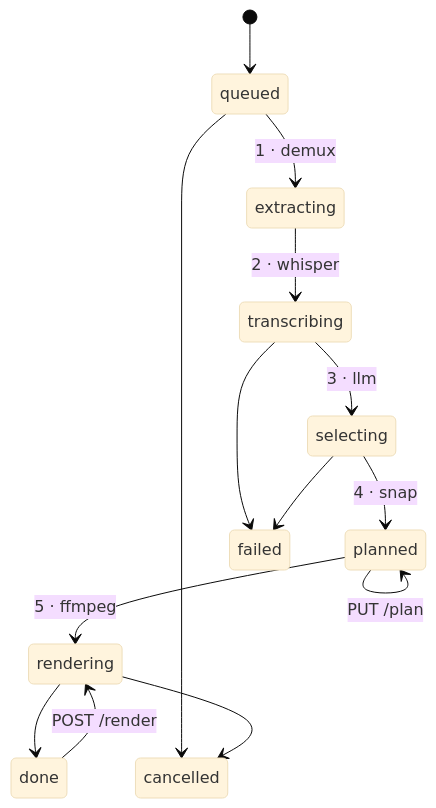
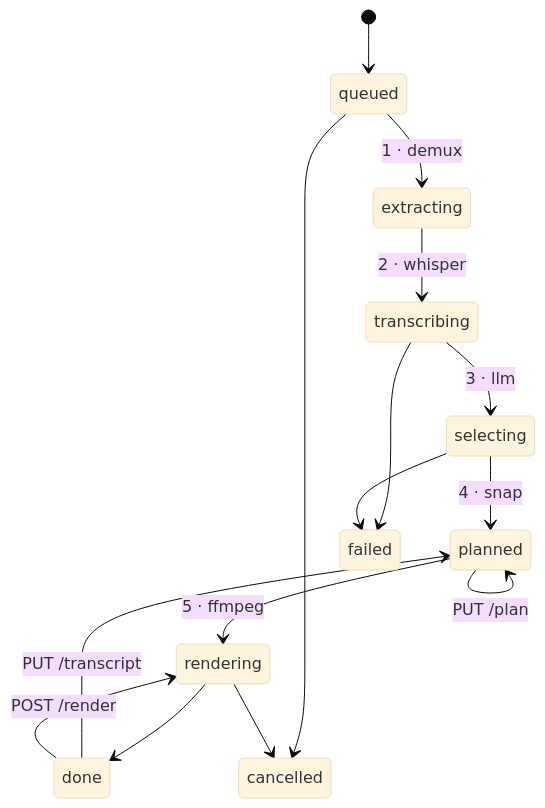
Before and after one commit to Abdel-RahmanSaied/Qatf: the first of 2 diagrams in docs/api.md, drawn with Mermaid (base theme). The commit also changed other lines of this file and 31 other files, not shown here.

````diff
--- a/docs/api.md
+++ b/docs/api.md
@@ -47,16 +48,17 @@
 ```mermaid
 stateDiagram-v2
     [*] --> queued
     queued --> extracting: 1 · demux
     extracting --> transcribing: 2 · whisper
     transcribing --> selecting: 3 · llm
     selecting --> planned: 4 · snap
     planned --> rendering: 5 · ffmpeg
     rendering --> done
     planned --> planned: PUT /plan
+    done --> planned: PUT /transcript
     done --> rendering: POST /render
     queued --> cancelled
     rendering --> cancelled
     transcribing --> failed
     selecting --> failed
 ```
````
